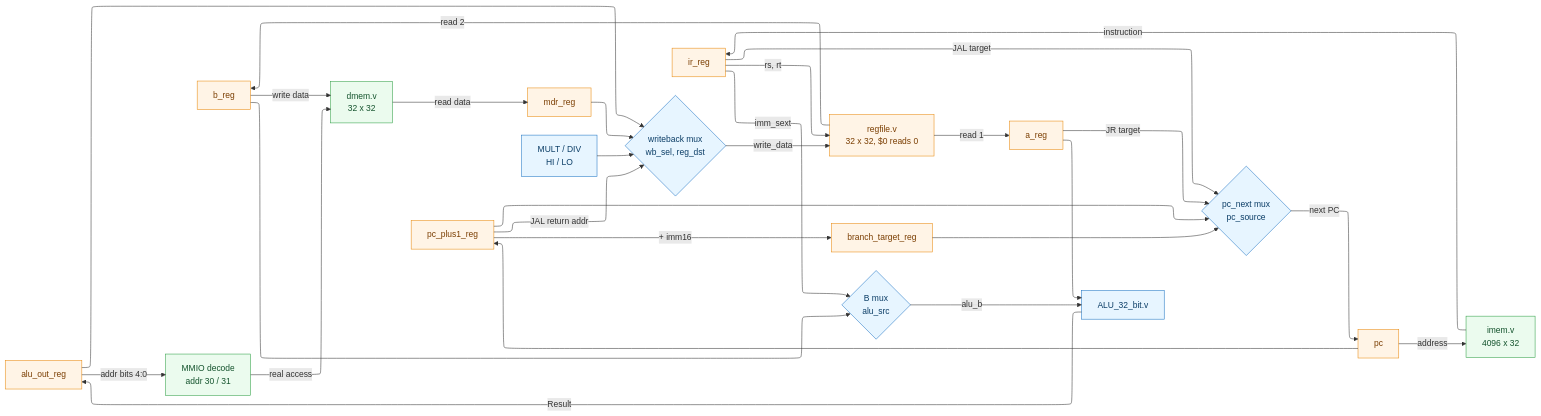
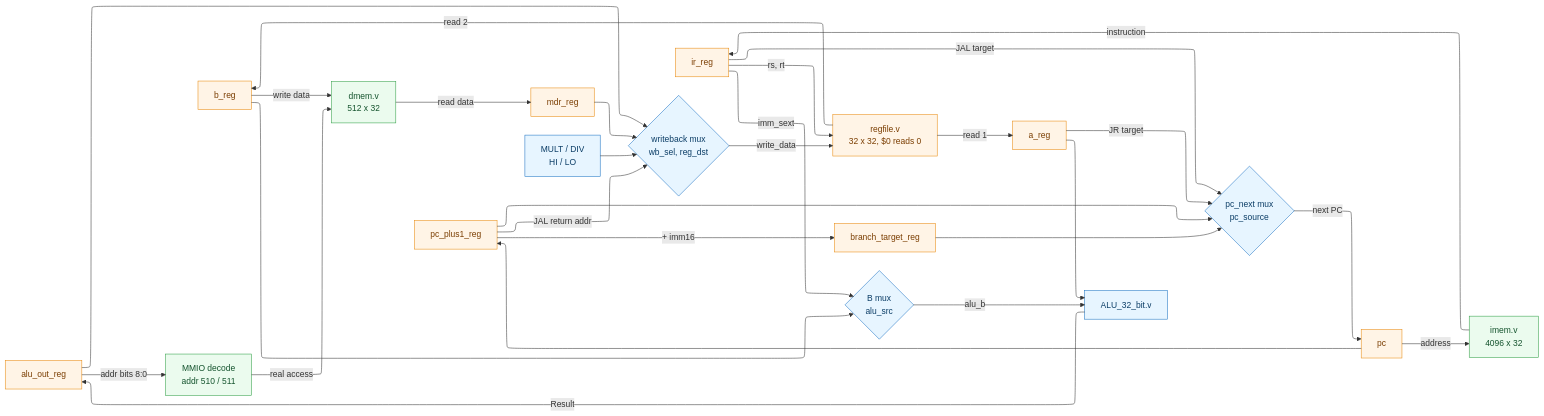
The second of 11 diagrams in ARCHITECTURE.md (AtikRahat/mips-multi-cycle-cpu), drawn with Mermaid before and after one commit. The commit also changed other lines of this file and 24 other files, not shown here.

````diff
--- a/ARCHITECTURE.md
+++ b/ARCHITECTURE.md
@@ -100,60 +106,60 @@
 ```mermaid
 %%{init: {"flowchart": {"defaultRenderer": "elk"}} }%%
 flowchart LR
     PC["pc"]
     IMEM["imem.v<br/>4096 x 32"]
     IR["ir_reg"]
     PCPLUS["pc_plus1_reg"]
     RF["regfile.v<br/>32 x 32, $0 reads 0"]
     A["a_reg"]
     B["b_reg"]
     BTR["branch_target_reg"]
     BMUX{"B mux<br/>alu_src"}
     ALU["ALU_32_bit.v"]
     AO["alu_out_reg"]
-    MMIO["MMIO decode<br/>addr 30 / 31"]
-    DM["dmem.v<br/>32 x 32"]
+    MMIO["MMIO decode<br/>addr 510 / 511"]
+    DM["dmem.v<br/>512 x 32"]
     MDR["mdr_reg"]
     MD["MULT / DIV<br/>HI / LO"]
     WBMUX{"writeback mux<br/>wb_sel, reg_dst"}
     PCMUX{"pc_next mux<br/>pc_source"}
 
     PC -->|address| IMEM
     IMEM -->|instruction| IR
     PC --> PCPLUS
     IR -->|"rs, rt"| RF
     RF -->|read 1| A
     RF -->|read 2| B
     PCPLUS -->|"+ imm16"| BTR
 
     A --> ALU
     B --> BMUX
     IR -->|imm_sext| BMUX
     BMUX -->|alu_b| ALU
     ALU -->|Result| AO
 
-    AO -->|"addr bits 4:0"| MMIO
+    AO -->|"addr bits 8:0"| MMIO
     MMIO -->|"real access"| DM
     B -->|write data| DM
     DM -->|read data| MDR
 
     AO --> WBMUX
     MDR --> WBMUX
     MD --> WBMUX
     PCPLUS -->|"JAL return addr"| WBMUX
     WBMUX -->|write_data| RF
 
     PCPLUS --> PCMUX
     BTR --> PCMUX
     IR -->|"JAL target"| PCMUX
     A -->|"JR target"| PCMUX
     PCMUX -->|next PC| PC
 
     classDef store fill:#fff4e6,stroke:#e8890c,color:#7a3d00
     classDef mem fill:#ebfbee,stroke:#2f9e44,color:#14532d
     classDef comp fill:#e7f5ff,stroke:#1971c2,color:#0b3d66
 
     class PC,IR,PCPLUS,A,B,BTR,AO,MDR,RF store
     class IMEM,DM,MMIO mem
     class ALU,MD,BMUX,WBMUX,PCMUX comp
 ```
````
